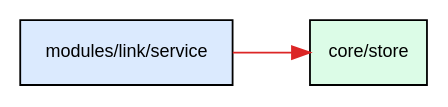
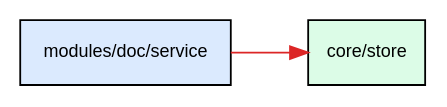
One commit to On-DevPlan/nx-rp changed the diagram in assets/nx-rp/references/deps-graph.md. Above: the diagram before and after it, drawn with Graphviz. The commit also changed other lines of this file and 19 other files, not shown here.

First line of the commit message:
feat!: 删除 link 域（0.8.0）——CLI/HTTP/面板/store 全链路下线

````diff
--- a/assets/nx-rp/references/deps-graph.md
+++ b/assets/nx-rp/references/deps-graph.md
@@ -100,9 +100,9 @@
 ```dot
 digraph nx_rp_dependencies {
   graph [rankdir=LR, splines=true, overlap=false, ranksep=0.6, nodesep=0.3];
   node  [shape=box, style=filled, fontname="Helvetica", fontsize=10];
   "core.store" [label="core/store", fillcolor="#dcfce7"];
-  "modules.link.service" [label="modules/link/service", fillcolor="#dbeafe"];
-  "modules.link.service" -> "core.store" [color="#dc2626"];   // 跨层 = 红
+  "modules.doc.service" [label="modules/doc/service", fillcolor="#dbeafe"];
+  "modules.doc.service" -> "core.store" [color="#dc2626"];   // 跨层 = 红
 }
 ```
````
